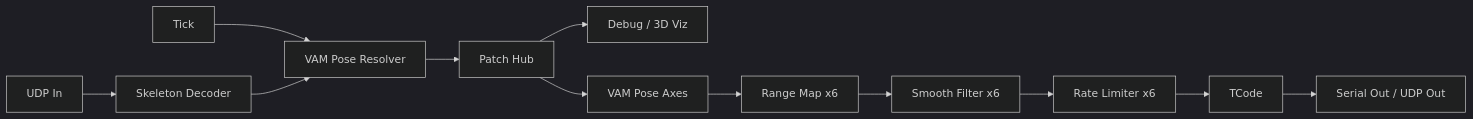
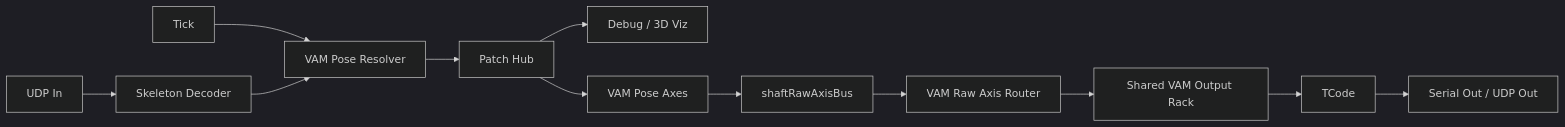
One commit to FrogThe2nd/f8studio changed the second of 8 diagrams in docs/scenarios/vam-male-referenced-motion.md. Above: the diagram before and after it, drawn with Mermaid (dark theme). The commit also changed other lines of this file and 3 other files, not shown here.

Commit message:
Unify VAM branch output rack docs

````diff
--- a/docs/scenarios/vam-male-referenced-motion.md
+++ b/docs/scenarios/vam-male-referenced-motion.md
@@ -43,14 +45,14 @@
 ```mermaid
 flowchart LR
     UDP["UDP In"] --> Dec["Skeleton Decoder"]
     Tick["Tick"] --> Resolver["VAM Pose Resolver"]
     Dec --> Resolver
     Resolver --> Hub["Patch Hub"]
     Hub --> Viz["Debug / 3D Viz"]
     Hub --> Axes["VAM Pose Axes"]
-    Axes --> Maps["Range Map x6"]
-    Maps --> Smooth["Smooth Filter x6"]
-    Smooth --> Limit["Rate Limiter x6"]
-    Limit --> TCode["TCode"]
+    Axes --> Bus["shaftRawAxisBus"]
+    Bus --> Router["VAM Raw Axis Router"]
+    Router --> Rack["Shared VAM Output Rack"]
+    Rack --> TCode["TCode"]
     TCode --> Out["Serial Out / UDP Out"]
 ```
````
